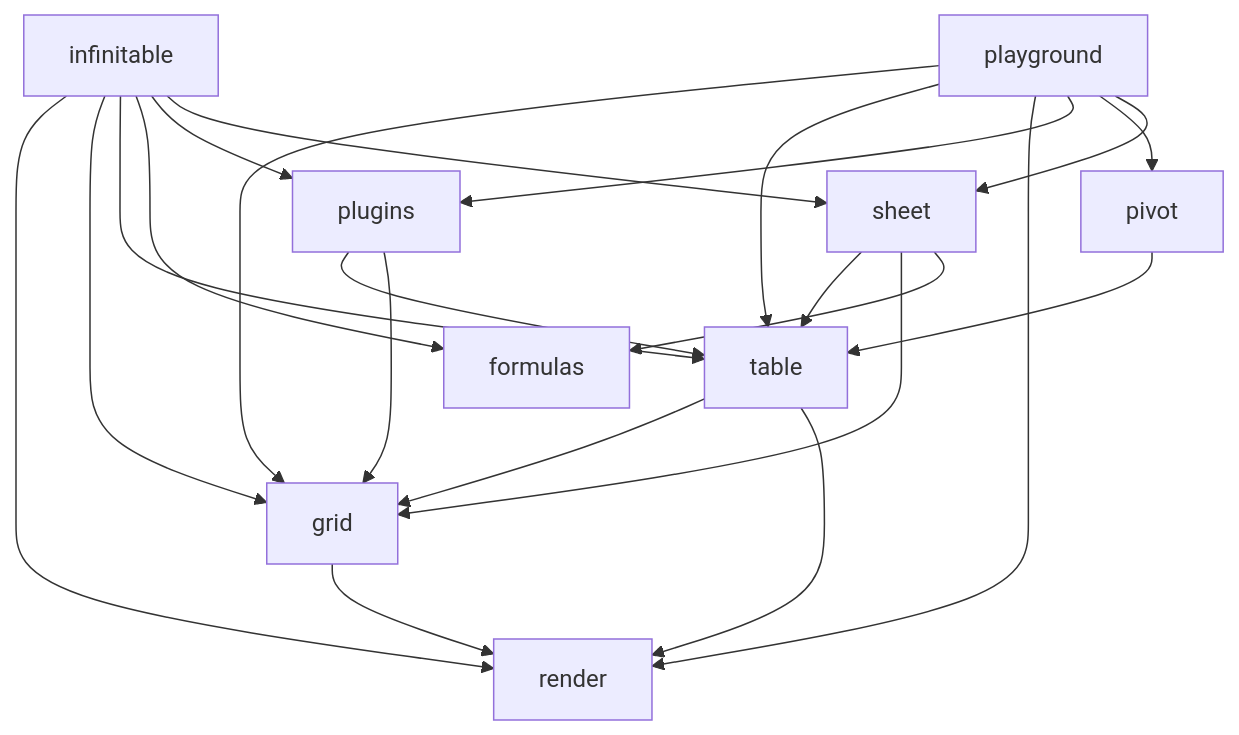
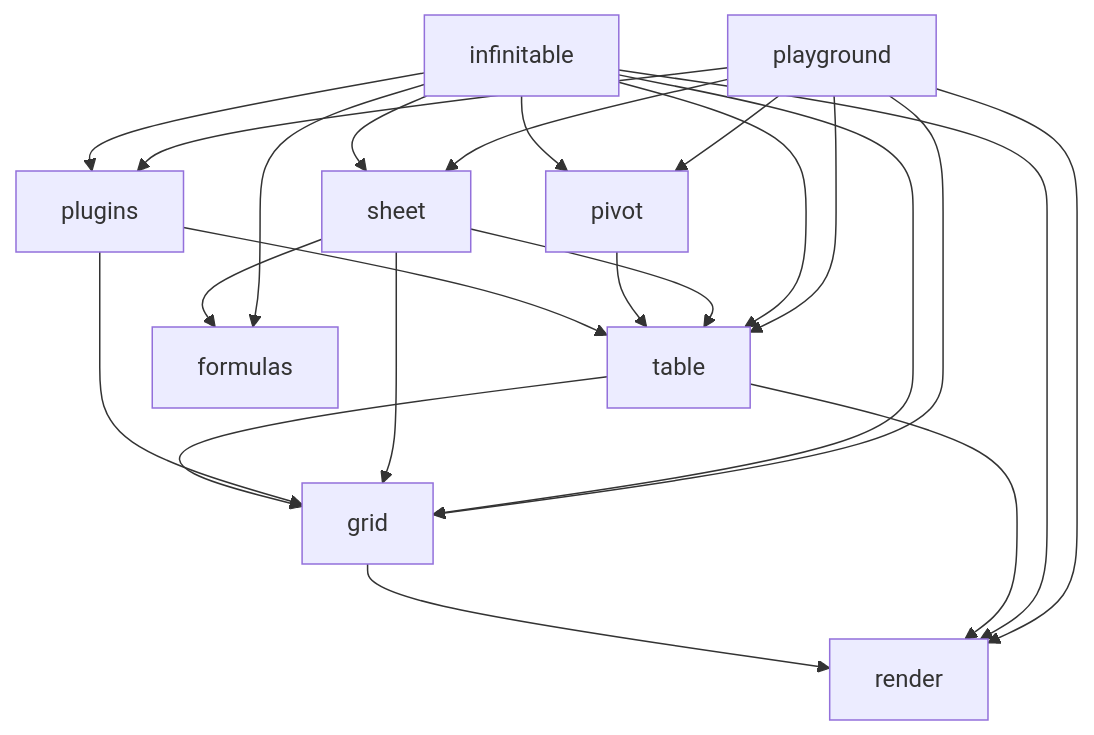
The diagram in .agents/docs/CODE-MAP.md (cabinet-fe/infinite-table), drawn with Mermaid before and after one commit. The commit also changed other lines of this file and 8 other files, not shown here.

First line of the commit message:
feat(infinitable): 新增 ./pivot 子路径发布面

````diff
--- a/.agents/docs/CODE-MAP.md
+++ b/.agents/docs/CODE-MAP.md
@@ -82,24 +82,25 @@
 ```mermaid
 graph TD
     grid --> render
     table --> grid
     table --> render
     plugins --> table
     plugins --> grid
     pivot --> table
     sheet --> table
     sheet --> grid
     sheet --> formulas
     infinitable --> render
     infinitable --> grid
     infinitable --> table
     infinitable --> formulas
     infinitable --> plugins
     infinitable --> sheet
+    infinitable --> pivot
     playground --> grid
     playground --> table
     playground --> render
     playground --> plugins
     playground --> pivot
     playground --> sheet
 ```
````
